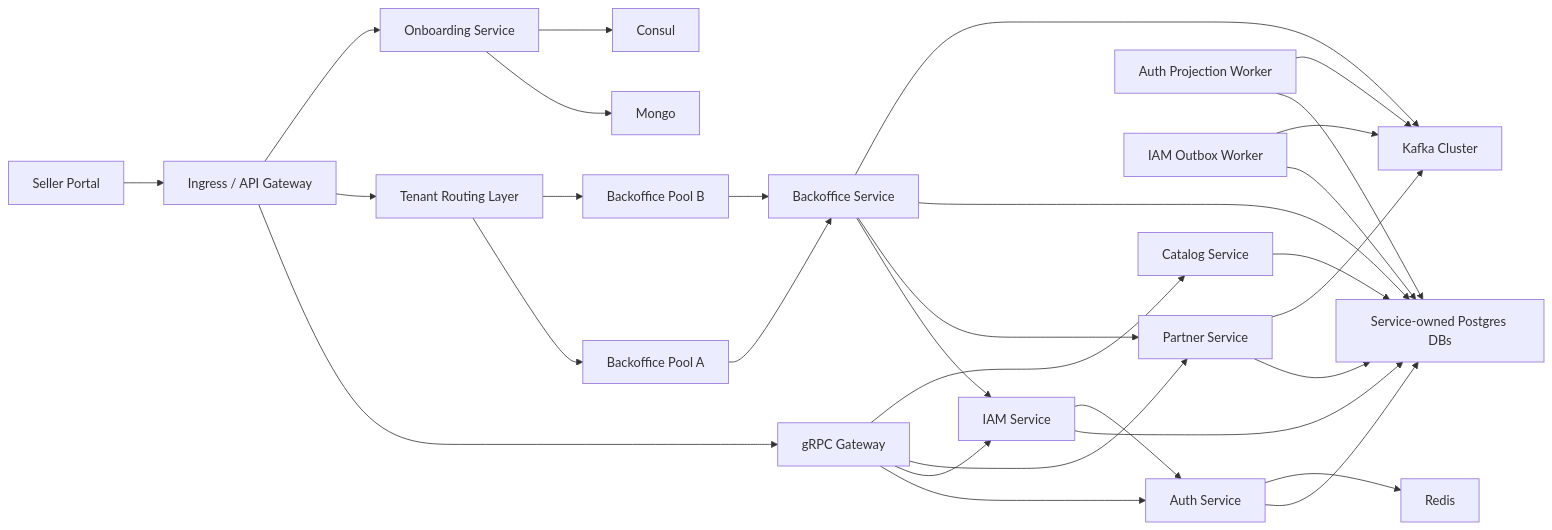
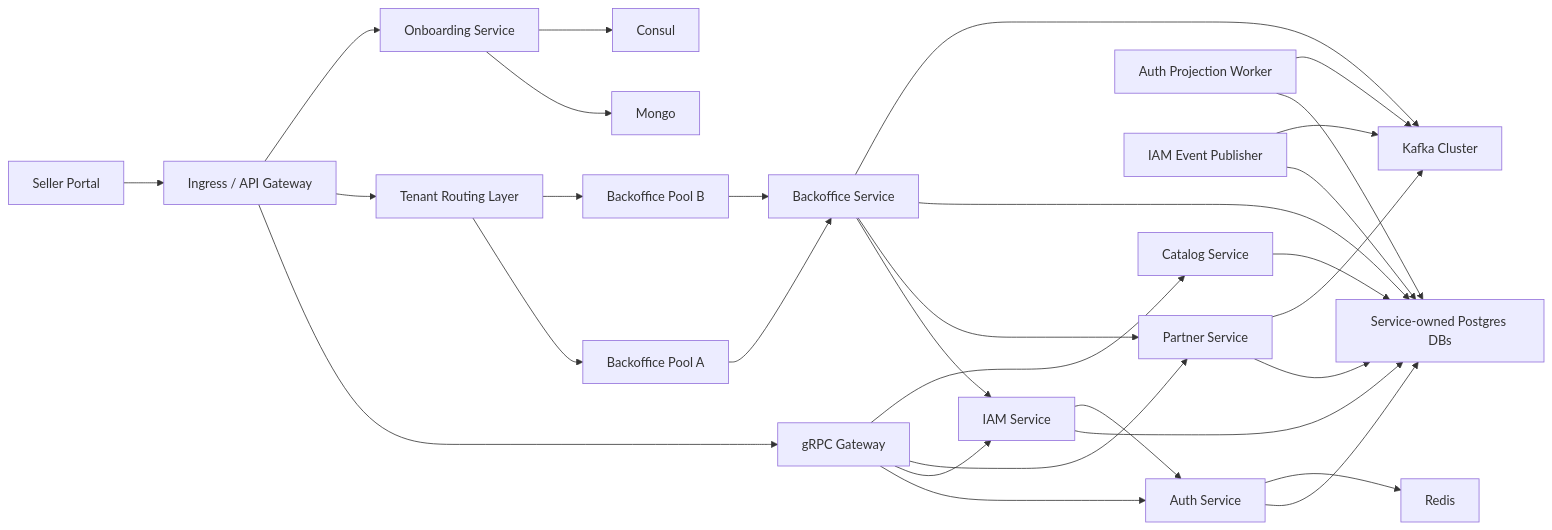
One commit to tuannm99/podzone changed the second of 3 diagrams in docs/architecture/deployment.md. Above: the diagram before and after it, drawn with Mermaid. The commit also changed other lines of this file and 15 other files, not shown here.

````diff
--- a/docs/architecture/deployment.md
+++ b/docs/architecture/deployment.md
@@ -70,56 +70,56 @@
 ```mermaid
 flowchart LR
     Ingress["Ingress / API Gateway"]
     Router["Tenant Routing Layer"]
     BOPoolA["Backoffice Pool A"]
     BOPoolB["Backoffice Pool B"]
     UI["Seller Portal"]
     Gateway["gRPC Gateway"]
     Auth["Auth Service"]
     AuthWorker["Auth Projection Worker"]
     IAM["IAM Service"]
-    IAMWorker["IAM Outbox Worker"]
+    IAMWorker["IAM Event Publisher"]
     Backoffice["Backoffice Service"]
     Partner["Partner Service"]
     Catalog["Catalog Service"]
     Onboarding["Onboarding Service"]
     Kafka["Kafka Cluster"]
     Redis["Redis"]
     SQL["Service-owned Postgres DBs"]
     Consul["Consul"]
     Mongo["Mongo"]
 
     UI --> Ingress
     Ingress --> Gateway
     Ingress --> Router
     Router --> BOPoolA
     Router --> BOPoolB
     Ingress --> Onboarding
 
     Gateway --> Auth
     Gateway --> IAM
     Gateway --> Partner
     Gateway --> Catalog
 
     BOPoolA --> Backoffice
     BOPoolB --> Backoffice
 
     Backoffice --> IAM
     Backoffice --> Partner
 
     Auth --> SQL
     Auth --> Redis
     AuthWorker --> SQL
     AuthWorker --> Kafka
     IAM --> SQL
     IAM --> Auth
     IAMWorker --> SQL
     IAMWorker --> Kafka
     Partner --> SQL
     Partner --> Kafka
     Catalog --> SQL
     Backoffice --> SQL
     Backoffice --> Kafka
     Onboarding --> Mongo
     Onboarding --> Consul
 ```
````
